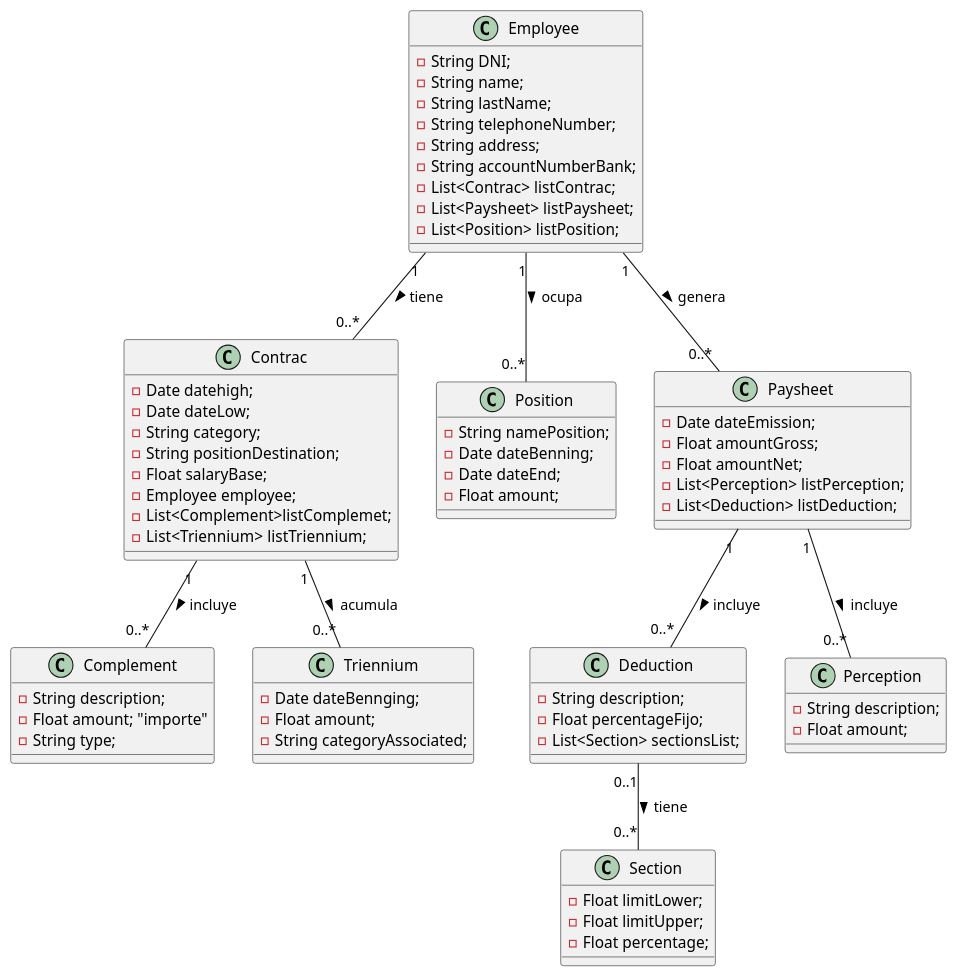
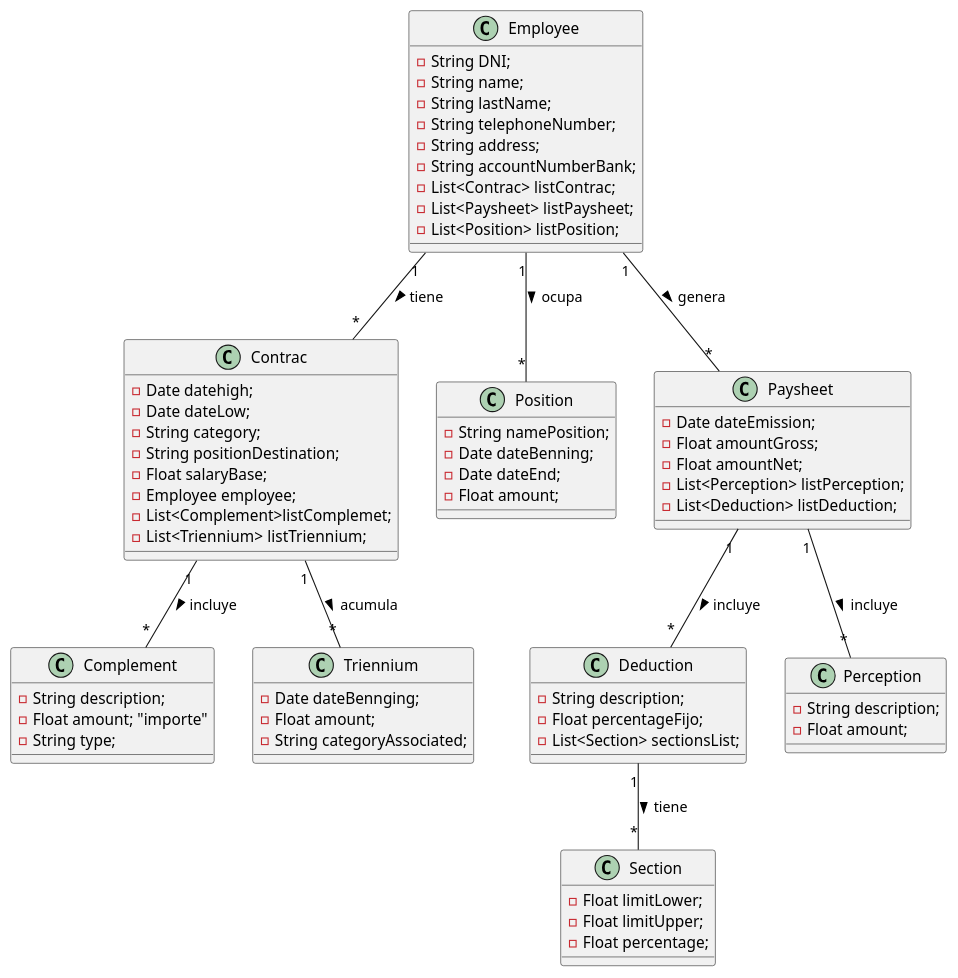
Before and after one commit to carlosescamilla90/SOPORTEGESNOMINA: the diagram in diagram.PlantUML, drawn with PlantUML.

Commit message:
mejora diagrama

```diff
--- a/diagram.PlantUML
+++ b/diagram.PlantUML
@@ -1,79 +1,78 @@
 @startuml "nomina"
 
 class Employee {
   -String DNI;
   -String name;
   -String lastName;
   -String telephoneNumber;
   -String address;
   -String accountNumberBank;
   -List<Contrac> listContrac;
   -List<Paysheet> listPaysheet;
   -List<Position> listPosition;
 }
 
 class Contrac{
   -Date datehigh;
   -Date dateLow;
   -String category;
   -String positionDestination;
   -Float salaryBase;
   -Employee employee;
   -List<Complement>listComplemet;
   -List<Triennium> listTriennium;
 }
 
 class Complement{
     -String description;
     -Float amount; "importe"
     -String type;
 }
 
 class Triennium{
     -Date dateBennging;
     -Float amount;
     -String categoryAssociated;
 }
 
 class Position{
     -String namePosition;
     -Date dateBenning;
     -Date dateEnd;
     -Float amount;
 }
 
 class Deduction{
     -String description;
     -Float percentageFijo;
     -List<Section> sectionsList;
 }
 
 class Section{
     -Float limitLower;
     -Float limitUpper;
     -Float percentage;
 }
 
 class Paysheet{
     -Date dateEmission;
     -Float amountGross;
     -Float amountNet;
     -List<Perception> listPerception;
     -List<Deduction> listDeduction;
 }
 
 class Perception{
     -String description;
     -Float amount;
 }
 
-Employee "1" -- "0..*" Contrac : tiene >
-Employee "1" -- "0..*" Paysheet : genera >
-Contrac "1" -- "0..*" Complement : incluye >
-Contrac "1" -- "0..*" Triennium : acumula >
-Employee "1" -- "0..*" Position : ocupa >
-Paysheet "1" -- "0..*" Perception : incluye >
-Paysheet "1"  -- "0..*" Deduction : incluye >
-Deduction "0..1" -- "0..*" Section : tiene >
-
+Employee "1" -- "*" Contrac : tiene >
+Employee "1" -- "*" Paysheet : genera >
+Contrac "1" -- "*" Complement : incluye >
+Contrac "1" -- "*" Triennium : acumula >
+Employee "1" -- "*" Position : ocupa >
+Paysheet "1" -- "*" Perception : incluye >
+Paysheet "1"  -- "*" Deduction : incluye >
+Deduction "1" -- "*" Section : tiene >
 @enduml
```
